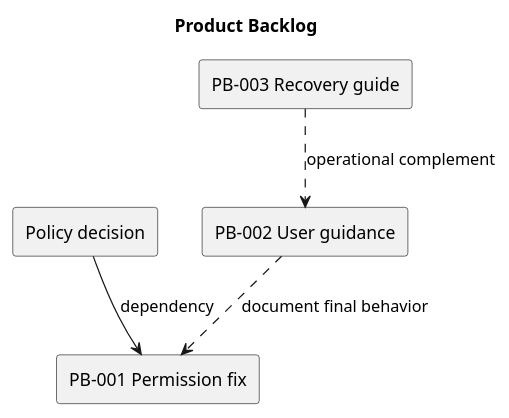
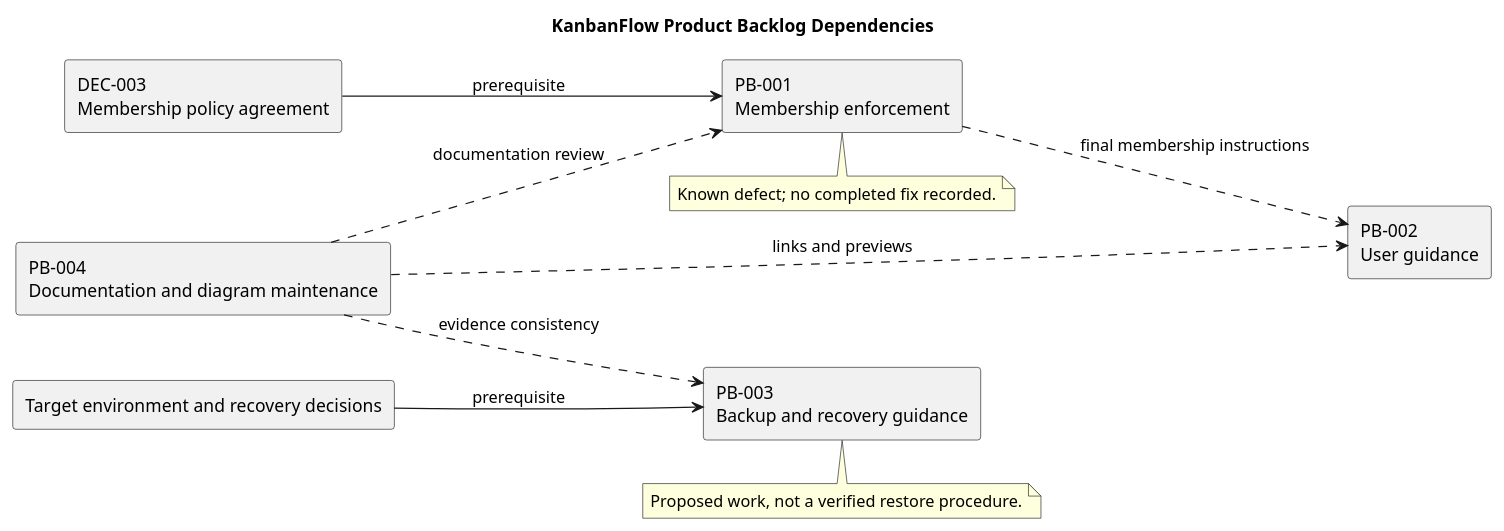
The diagram in docs/Project-Management/product-backlog.md (Farhad-Valizadegan/Web-KanbanFlow), drawn with PlantUML before and after one commit. The commit also changed other lines of this file and 2 other files, not shown here.

Commit message:
docs: complete product backlog outcomes and acceptance criteria

````diff
--- a/docs/Project-Management/product-backlog.md
+++ b/docs/Project-Management/product-backlog.md
@@ -26,12 +130,24 @@
 ```plantuml
 @startuml
-title Product Backlog
-rectangle "Policy decision" as P
-rectangle "PB-001 Permission fix" as F
-rectangle "PB-002 User guidance" as U
-rectangle "PB-003 Recovery guide" as R
-P --> F : dependency
-U ..> F : document final behavior
-R ..> U : operational complement
+title KanbanFlow Product Backlog Dependencies
+left to right direction
+rectangle "DEC-003\nMembership policy agreement" as D
+rectangle "PB-001\nMembership enforcement" as P1
+rectangle "PB-002\nUser guidance" as P2
+rectangle "Target environment and recovery decisions" as O
+rectangle "PB-003\nBackup and recovery guidance" as P3
+rectangle "PB-004\nDocumentation and diagram maintenance" as P4
+D --> P1 : prerequisite
+P1 ..> P2 : final membership instructions
+O --> P3 : prerequisite
+P4 ..> P1 : documentation review
+P4 ..> P2 : links and previews
+P4 ..> P3 : evidence consistency
+note bottom of P1
+Known defect; no completed fix recorded.
+end note
+note bottom of P3
+Proposed work, not a verified restore procedure.
+end note
 @enduml
 ```
````
